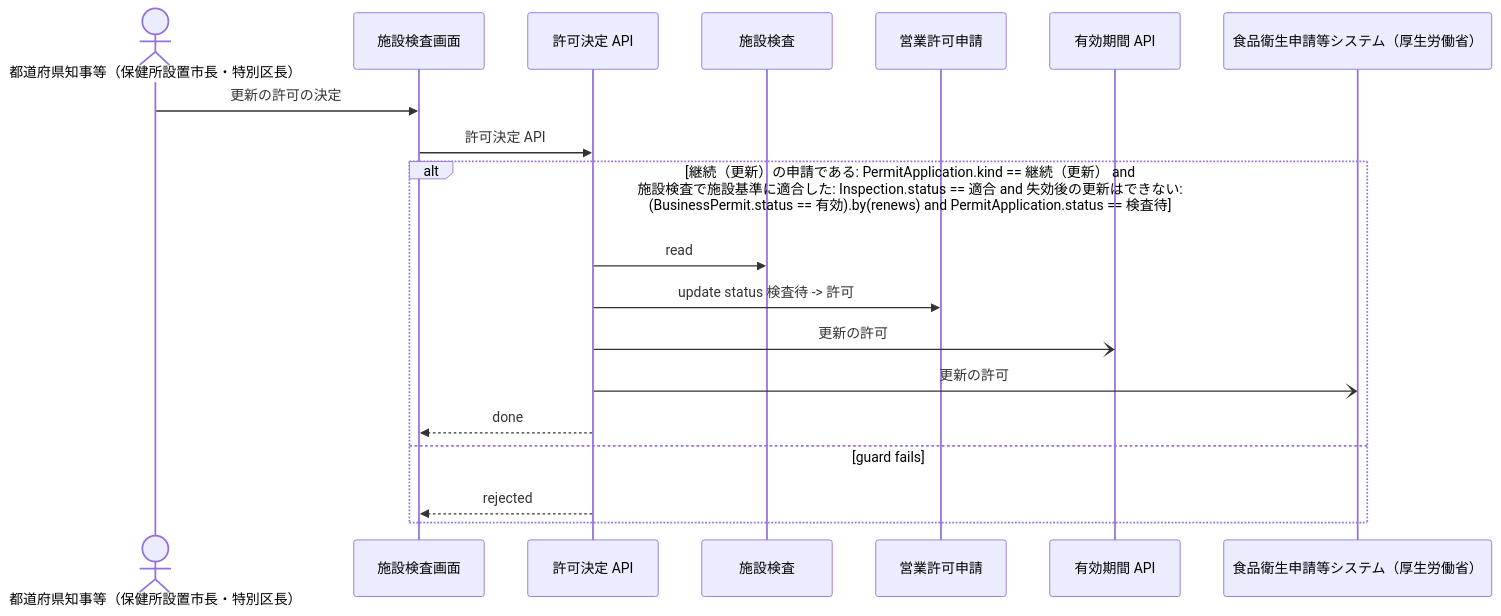
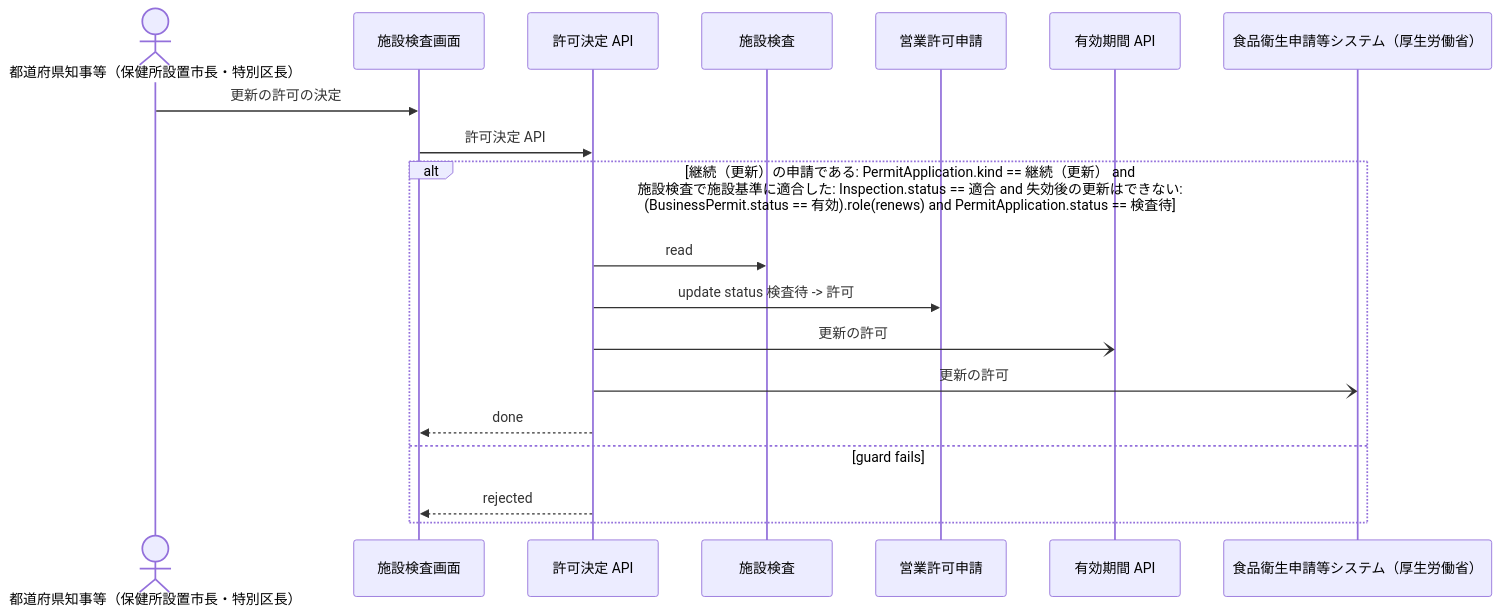
One commit to manji-0/rdra-ish-dsl changed the diagram in samples/food-permit-ops/out/uc/sequence_RenewPermit.mmd. Above: the diagram before and after it, drawn with Mermaid. The commit also changed 46 other files, not shown here.

```diff
--- a/samples/food-permit-ops/out/uc/sequence_RenewPermit.mmd
+++ b/samples/food-permit-ops/out/uc/sequence_RenewPermit.mmd
@@ -1,22 +1,22 @@
 %% rdra-ish diagram=sequence scope=usecase:RenewPermit model=samples/food-permit-ops
 %% kinds: actor screen api entity extsystem
 %% omitted: buc step medium permission event condition
 sequenceDiagram
   actor actor__PermitAuthority as 都道府県知事等（保健所設置市長・特別区長）
   participant screen__InspectionScreen as 施設検査画面
   participant api__DecisionApi as 許可決定 API
   participant entity__Inspection as 施設検査
   participant entity__PermitApplication as 営業許可申請
   participant api__PermitTermApi as 有効期間 API
   participant extsystem__FoodSanitationSystem as 食品衛生申請等システム（厚生労働省）
   actor__PermitAuthority ->> screen__InspectionScreen: 更新の許可の決定
   screen__InspectionScreen ->> api__DecisionApi: 許可決定 API
-  alt 継続（更新）の申請である: PermitApplication.kind == 継続（更新） and 施設検査で施設基準に適合した: Inspection.status == 適合 and 失効後の更新はできない: (BusinessPermit.status == 有効).by(renews) and PermitApplication.status == 検査待
+  alt 継続（更新）の申請である: PermitApplication.kind == 継続（更新） and 施設検査で施設基準に適合した: Inspection.status == 適合 and 失効後の更新はできない: (BusinessPermit.status == 有効).role(renews) and PermitApplication.status == 検査待
     api__DecisionApi ->> entity__Inspection: read
     api__DecisionApi ->> entity__PermitApplication: update status 検査待 -> 許可
     api__DecisionApi -) api__PermitTermApi: 更新の許可
     api__DecisionApi -) extsystem__FoodSanitationSystem: 更新の許可
     api__DecisionApi -->> screen__InspectionScreen: done
   else guard fails
     api__DecisionApi -->> screen__InspectionScreen: rejected
   end
```
